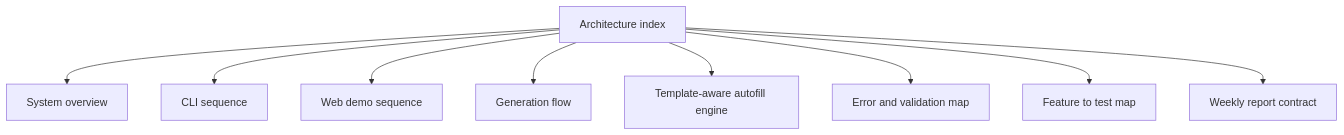
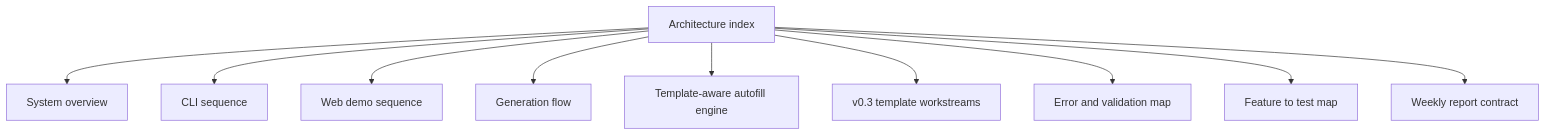
The diagram in docs/architecture/README.md (tubtrb/autoreport), drawn with Mermaid before and after one commit. The commit also changed other lines of this file and 14 other files, not shown here.

````diff
--- a/docs/architecture/README.md
+++ b/docs/architecture/README.md
@@ -6,21 +6,23 @@
 ```mermaid
 flowchart TD
     README["Architecture index"]
     OVERVIEW["System overview"]
     CLISEQ["CLI sequence"]
     WEBSEQ["Web demo sequence"]
     FLOW["Generation flow"]
     AUTOFILL["Template-aware autofill engine"]
+    WORKSTREAMS["v0.3 template workstreams"]
     ERRORS["Error and validation map"]
     TESTMAP["Feature to test map"]
     CONTRACT["Weekly report contract"]
 
     README --> OVERVIEW
     README --> CLISEQ
     README --> WEBSEQ
     README --> FLOW
     README --> AUTOFILL
+    README --> WORKSTREAMS
     README --> ERRORS
     README --> TESTMAP
     README --> CONTRACT
 ```
````
